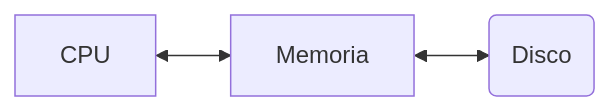
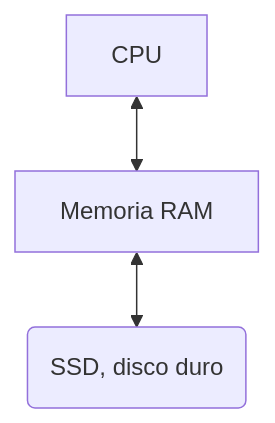
The second of 5 diagrams in transparencias/ssdd_sfd.md (acaldero/uc3m_sd), drawn with Mermaid before and after one commit. The commit also changed other lines of this file, not shown here.

````diff
--- a/transparencias/ssdd_sfd.md
+++ b/transparencias/ssdd_sfd.md
@@ -29,5 +29,5 @@
   ```mermaid
-  flowchart LR
-  A[CPU] <--> B(Memoria)
-  B[Memoria] <--> C(Disco)
+  flowchart TD
+  A[CPU] <--> B(Memoria RAM)
+  B[Memoria RAM] <--> C(SSD, disco duro)
   ```
````
